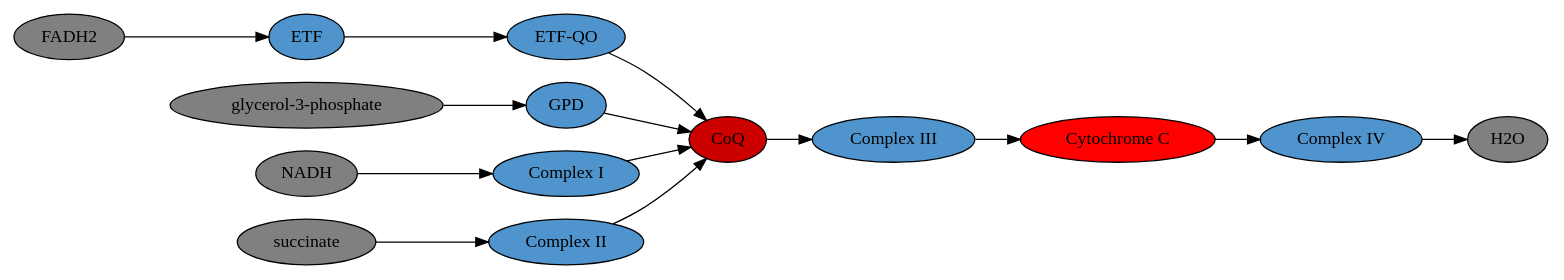
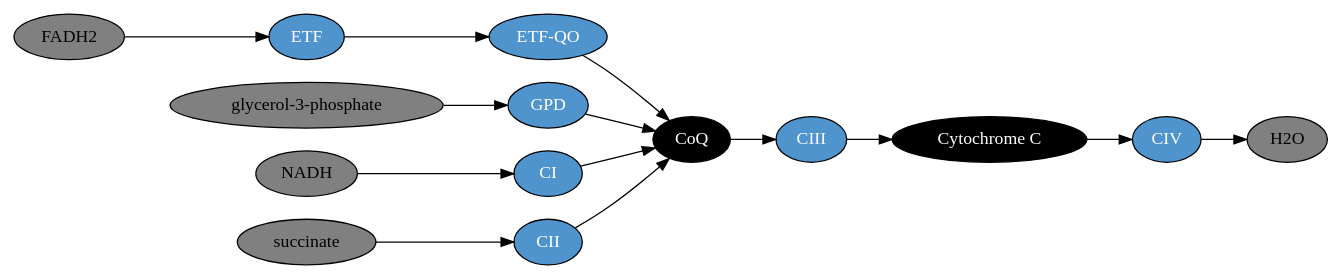
One commit to hendersonmpa/study-notes changed the first of 2 diagrams in energy/oxphos/oxphos.org. Above: the diagram before and after it, drawn with Graphviz. The commit also changed other lines of this file and 7 other files, not shown here.

```diff
--- a/energy/oxphos/oxphos.org
+++ b/energy/oxphos/oxphos.org
@@ -40,35 +40,35 @@
 #+BEGIN_SRC dot :file ./oxphos/figures/etc.pdf :cmdline -Kdot -Tpdf
   digraph {
-           // graph from left to right
-           rankdir=LR;
-           splines=true;
-           node [shape=oval];
-           fadh [label="FADH2", fillcolor=grey, style=filled];
-           etf[label="ETF", fillcolor=steelblue3, style=filled];
-           etfd[label="ETF-QO", fillcolor=steelblue3, style=filled];
-	       g3p[label="glycerol-3-phosphate", fillcolor=grey, style=filled];
-           gpd[label="GPD", fillcolor=steelblue3, style=filled];
-           nadh [label="NADH", fillcolor=grey, style=filled];
-           c1 [label="Complex I", fillcolor=steelblue3, style=filled];
-           q [label="CoQ", fillcolor=red3, style=filled];    
-           c3 [label="Complex III", fillcolor=steelblue3, style=filled];     
-           cytc [label="Cytochrome C", fillcolor=red, style=filled];     
-           c4 [label="Complex IV", fillcolor=steelblue3, style=filled];     
-           h2o [label="H2O", fillcolor=grey, style=filled];     
-           c2 [label="Complex II", fillcolor=steelblue3, style=filled];     
-           s [label="succinate", fillcolor=grey, style=filled];     
-           fadh -> etf; 
-           etf -> etfd;
-           etfd -> q;
-           g3p -> gpd;
-           gpd -> q;
-           nadh -> c1;
-           c1 -> q;
-           q -> c3;
-           c3 -> cytc; 	 
-           cytc -> c4;
-           c4 -> h2o;
-           c2 -> q;
-           s -> c2;
-           }    
+	   // graph from left to right
+	   rankdir=LR;
+	   splines=true;
+	   node [shape=oval];
+	   fadh [label="FADH2", fillcolor=grey, style=filled];
+	   etf[label="ETF", fillcolor=steelblue3, fontcolor=white, style=filled];
+	   etfd[label="ETF-QO", fillcolor=steelblue3, fontcolor=white, style=filled];
+           g3p[label="glycerol-3-phosphate",fillcolor=grey, style=filled];
+	   gpd[label="GPD", fillcolor=steelblue3,fontcolor=white, style=filled];
+	   nadh [label="NADH", fillcolor=grey, style=filled];
+	   c1 [label="CI", fillcolor=steelblue3,fontcolor=white, style=filled];
+	   q [label="CoQ", fillcolor=black,fontcolor=white, style=filled];    
+	   c3 [label="CIII", fillcolor=steelblue3, fontcolor=white,style=filled];     
+	   cytc [label="Cytochrome C", fillcolor=black, fontcolor=white,style=filled];     
+	   c4 [label="CIV", fillcolor=steelblue3, fontcolor=white,style=filled];     
+	   h2o [label="H2O", fillcolor=grey, style=filled];     
+	   c2 [label="CII", fillcolor=steelblue3, fontcolor=white,style=filled];     
+	   s [label="succinate", fillcolor=grey, style=filled];     
+	   fadh -> etf; 
+	   etf -> etfd;
+	   etfd -> q;
+	   g3p -> gpd;
+	   gpd -> q;
+	   nadh -> c1;
+	   c1 -> q;
+	   q -> c3;
+	   c3 -> cytc; 	 
+	   cytc -> c4;
+	   c4 -> h2o;
+	   c2 -> q;
+	   s -> c2;
+	   }    
 #+END_SRC
```
